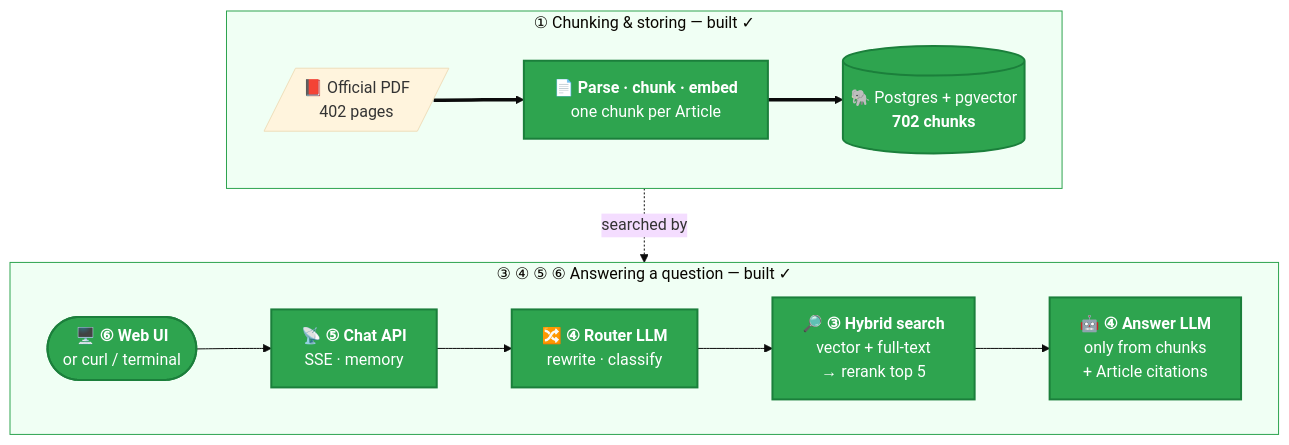
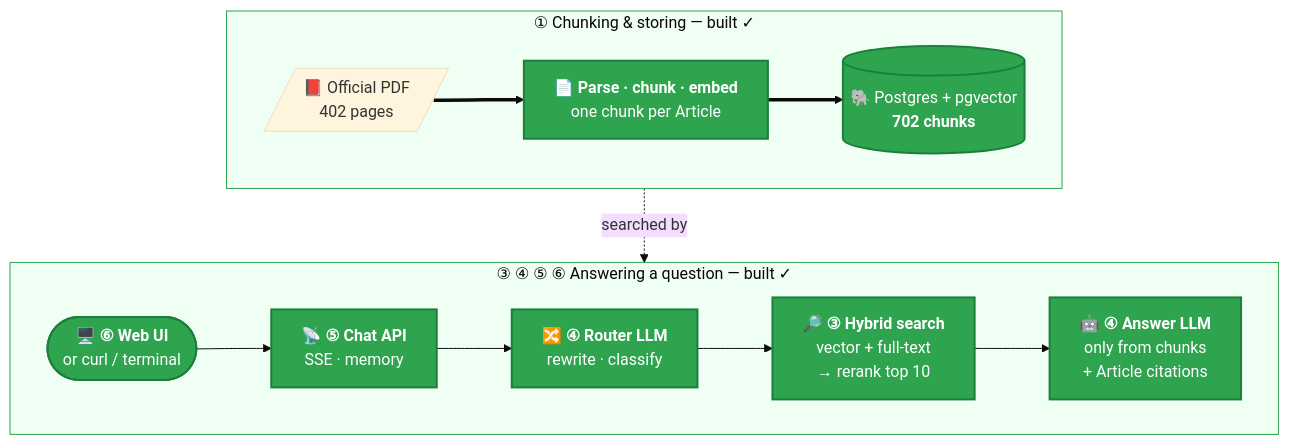
Before and after one commit to sshubham07/anuchhed-ai: the diagram in docs/diagrams/big-picture.mmd, drawn with Mermaid (base theme). The commit also changed 8 other files, not shown here.

```diff
--- a/docs/diagrams/big-picture.mmd
+++ b/docs/diagrams/big-picture.mmd
@@ -1,13 +1,13 @@
 flowchart TB
     subgraph ING ["① Chunking & storing — built ✓"]
         direction LR
         PDF[/"📕 Official PDF<br/>402 pages"/] ==> CH["📄 <b>Parse · chunk · embed</b><br/>one chunk per Article"]:::done ==> DB[("🐘 Postgres + pgvector<br/><b>702 chunks</b>")]:::done
     end
     subgraph ASK ["③ ④ ⑤ ⑥ Answering a question — built ✓"]
         direction LR
-        UI(["🖥️ <b>⑥ Web UI</b><br/>or curl / terminal"]):::done --> API["📡 <b>⑤ Chat API</b><br/>SSE · memory"]:::done --> R["🔀 <b>④ Router LLM</b><br/>rewrite · classify"]:::done --> S["🔎 <b>③ Hybrid search</b><br/>vector + full-text<br/>→ rerank top 5"]:::done --> A["🤖 <b>④ Answer LLM</b><br/>only from chunks<br/>+ Article citations"]:::done
+        UI(["🖥️ <b>⑥ Web UI</b><br/>or curl / terminal"]):::done --> API["📡 <b>⑤ Chat API</b><br/>SSE · memory"]:::done --> R["🔀 <b>④ Router LLM</b><br/>rewrite · classify"]:::done --> S["🔎 <b>③ Hybrid search</b><br/>vector + full-text<br/>→ rerank top 10"]:::done --> A["🤖 <b>④ Answer LLM</b><br/>only from chunks<br/>+ Article citations"]:::done
     end
     ING -.->|"searched by"| ASK
     classDef done fill:#2ea44f,color:#fff,stroke:#1b7f3b,stroke-width:2px
     style ING fill:#f0fff4,stroke:#2ea44f
     style ASK fill:#f0fff4,stroke:#2ea44f
```
